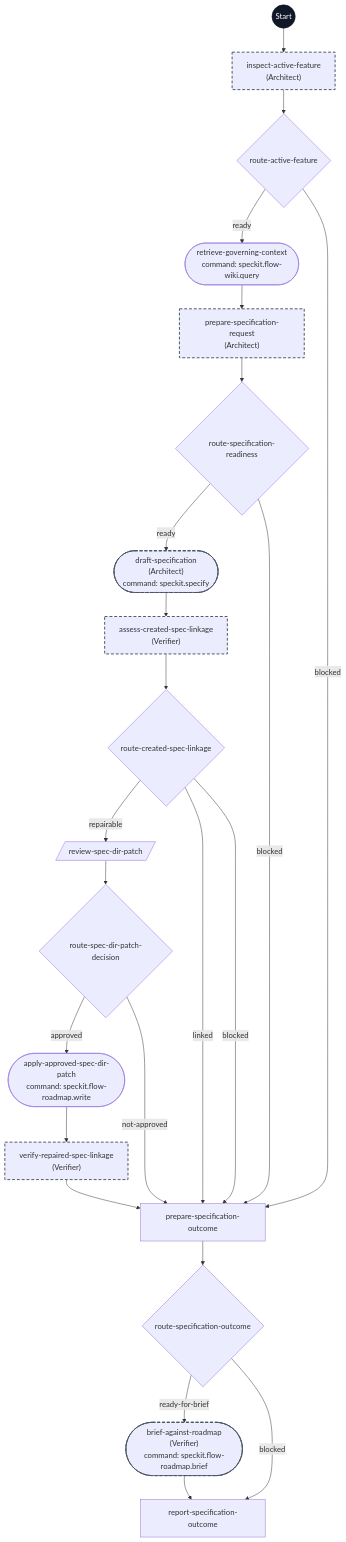
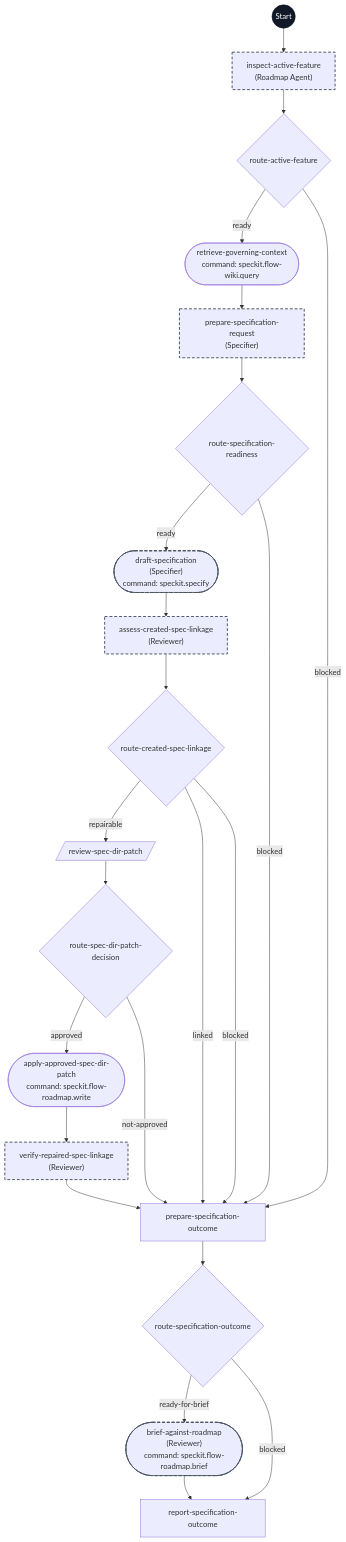
One commit to pegagio/spec-kit-flow changed the diagram in workflows/speckit-flow-specify/flowchart.md. Above: the diagram before and after it, drawn with Mermaid. The commit also changed 85 other files, not shown here.

Commit message:
Checkpoint flow-kit workflows

````diff
--- a/workflows/speckit-flow-specify/flowchart.md
+++ b/workflows/speckit-flow-specify/flowchart.md
@@ -5,52 +5,52 @@
 ```mermaid
 flowchart TD
     start((Start))
-    n01["inspect-active-feature<br/>(Architect)"]
+    n01["inspect-active-feature<br/>(Roadmap Agent)"]
     n02@{ shape: diam, label: "route-active-feature" }
     n03(["retrieve-governing-context<br/>command: speckit.flow-wiki.query"])
-    n04["prepare-specification-request<br/>(Architect)"]
+    n04["prepare-specification-request<br/>(Specifier)"]
     n05@{ shape: diam, label: "route-specification-readiness" }
-    n06(["draft-specification<br/>(Architect)<br/>command: speckit.specify"])
-    n07["assess-created-spec-linkage<br/>(Verifier)"]
+    n06(["draft-specification<br/>(Specifier)<br/>command: speckit.specify"])
+    n07["assess-created-spec-linkage<br/>(Reviewer)"]
     n08@{ shape: diam, label: "route-created-spec-linkage" }
     n09[/"review-spec-dir-patch"/]
     n10@{ shape: diam, label: "route-spec-dir-patch-decision" }
     n11(["apply-approved-spec-dir-patch<br/>command: speckit.flow-roadmap.write"])
-    n12["verify-repaired-spec-linkage<br/>(Verifier)"]
+    n12["verify-repaired-spec-linkage<br/>(Reviewer)"]
     n13["prepare-specification-outcome"]
     n14@{ shape: diam, label: "route-specification-outcome" }
-    n15(["brief-against-roadmap<br/>(Verifier)<br/>command: speckit.flow-roadmap.brief"])
+    n15(["brief-against-roadmap<br/>(Reviewer)<br/>command: speckit.flow-roadmap.brief"])
     n16["report-specification-outcome"]
 
     start --> n01
     n01 --> n02
     n02 -- ready --> n03
     n03 --> n04
     n04 --> n05
     n05 -- ready --> n06
     n06 --> n07
     n07 --> n08
     n08 -- repairable --> n09
     n09 --> n10
     n10 -- approved --> n11
     n11 --> n12
     n12 --> n13
     n10 -- not-approved --> n13
     n08 -- linked --> n13
     n08 -- blocked --> n13
     n05 -- blocked --> n13
     n02 -- blocked --> n13
     n13 --> n14
     n14 -- ready-for-brief --> n15
     n15 --> n16
     n14 -- blocked --> n16
 
     classDef delegated stroke:#4b5563,stroke-width:2px,stroke-dasharray:6 4
     class n01,n04,n06,n07,n12,n15 delegated
     style n02 stroke-dasharray:0
     style n05 stroke-dasharray:0
     style n08 stroke-dasharray:0
     style n10 stroke-dasharray:0
     style n14 stroke-dasharray:0
     style start fill:#111827,stroke:#111827,color:#ffffff
 ```
````
